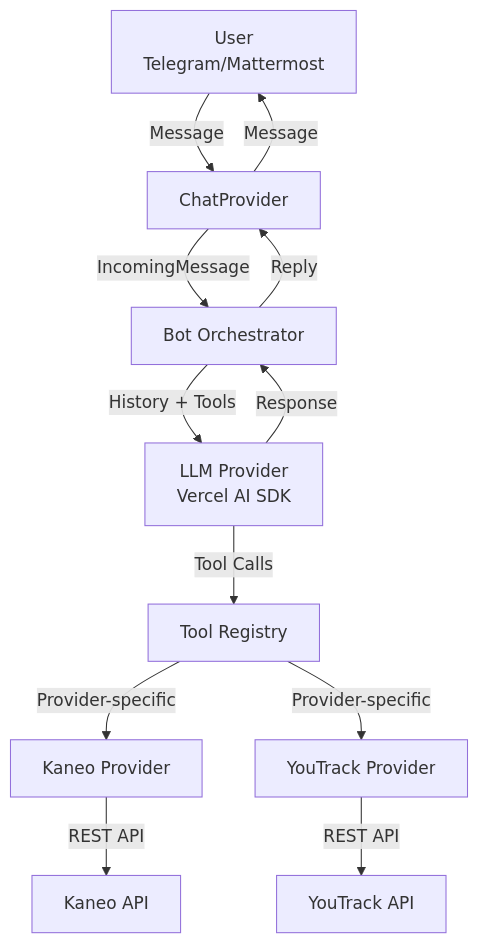
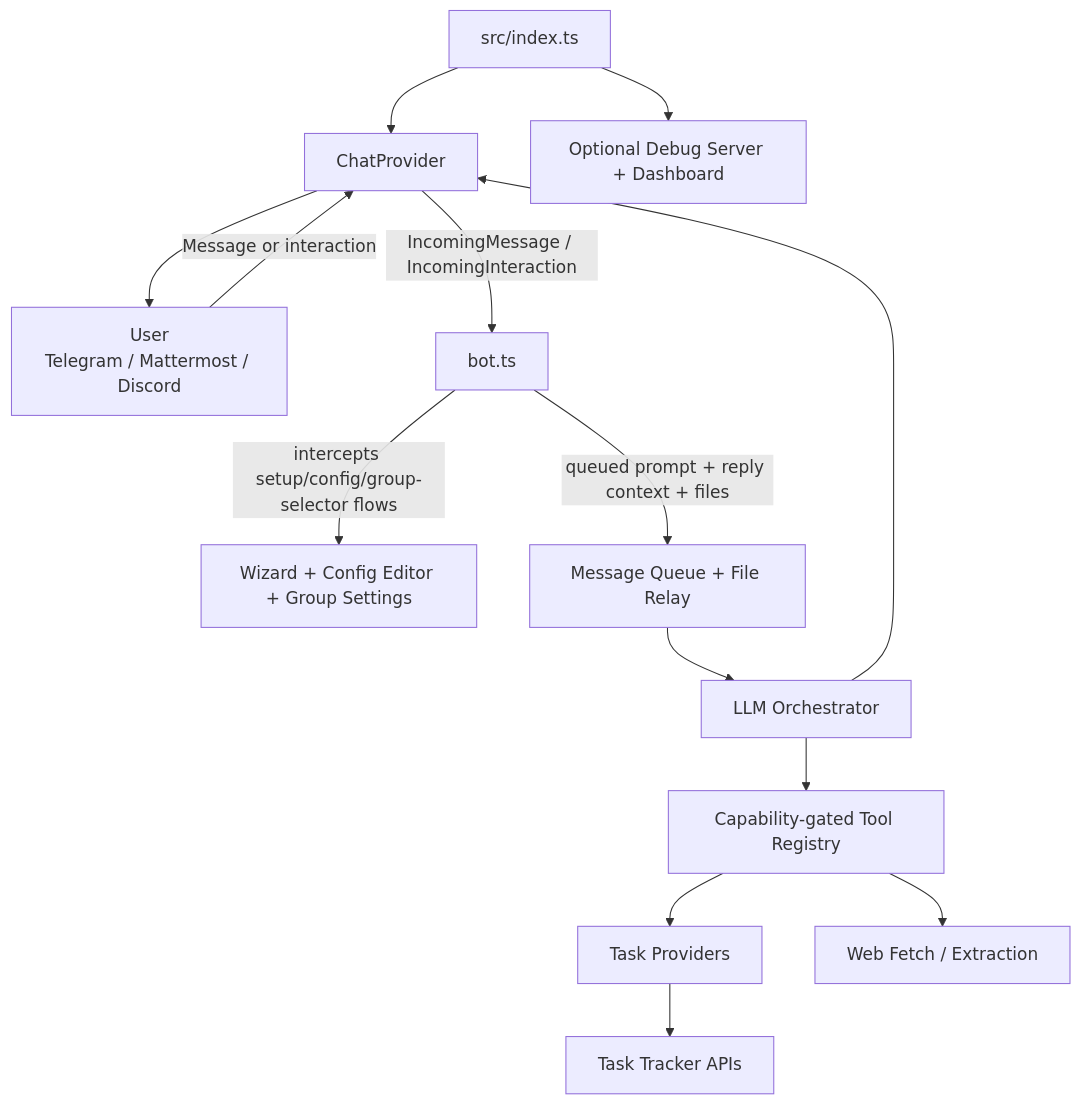
The diagram in README.md (wKich/papai), drawn with Mermaid before and after one commit. The commit also changed other lines of this file and 7 other files, not shown here.

````diff
--- a/README.md
+++ b/README.md
@@ -131,14 +139,16 @@
 ```mermaid
 flowchart TD
-    User[User<br>Telegram/Mattermost] -->|Message| CP[ChatProvider]
-    CP -->|IncomingMessage| Bot[Bot Orchestrator]
-    Bot -->|History + Tools| LLM[LLM Provider<br/>Vercel AI SDK]
-    LLM -->|Tool Calls| Tools[Tool Registry]
-    Tools -->|Provider-specific| KP[Kaneo Provider]
-    Tools -->|Provider-specific| YP[YouTrack Provider]
-    KP -->|REST API| KAPI[Kaneo API]
-    YP -->|REST API| YAPI[YouTrack API]
-    LLM -->|Response| Bot
-    Bot -->|Reply| CP
-    CP -->|Message| User
+    Runtime[src/index.ts] --> CP[ChatProvider]
+    Runtime --> Debug[Optional Debug Server + Dashboard]
+    User[User<br>Telegram / Mattermost / Discord] -->|Message or interaction| CP
+    CP -->|IncomingMessage / IncomingInteraction| Bot[bot.ts]
+    Bot -->|intercepts setup/config/group-selector flows| Intercept[Wizard + Config Editor + Group Settings]
+    Bot -->|queued prompt + reply context + files| Queue[Message Queue + File Relay]
+    Queue --> LLM[LLM Orchestrator]
+    LLM --> Tools[Capability-gated Tool Registry]
+    Tools --> Providers[Task Providers]
+    Providers --> APIs[Task Tracker APIs]
+    Tools --> Web[Web Fetch / Extraction]
+    LLM --> CP
+    CP --> User
 ```
````
